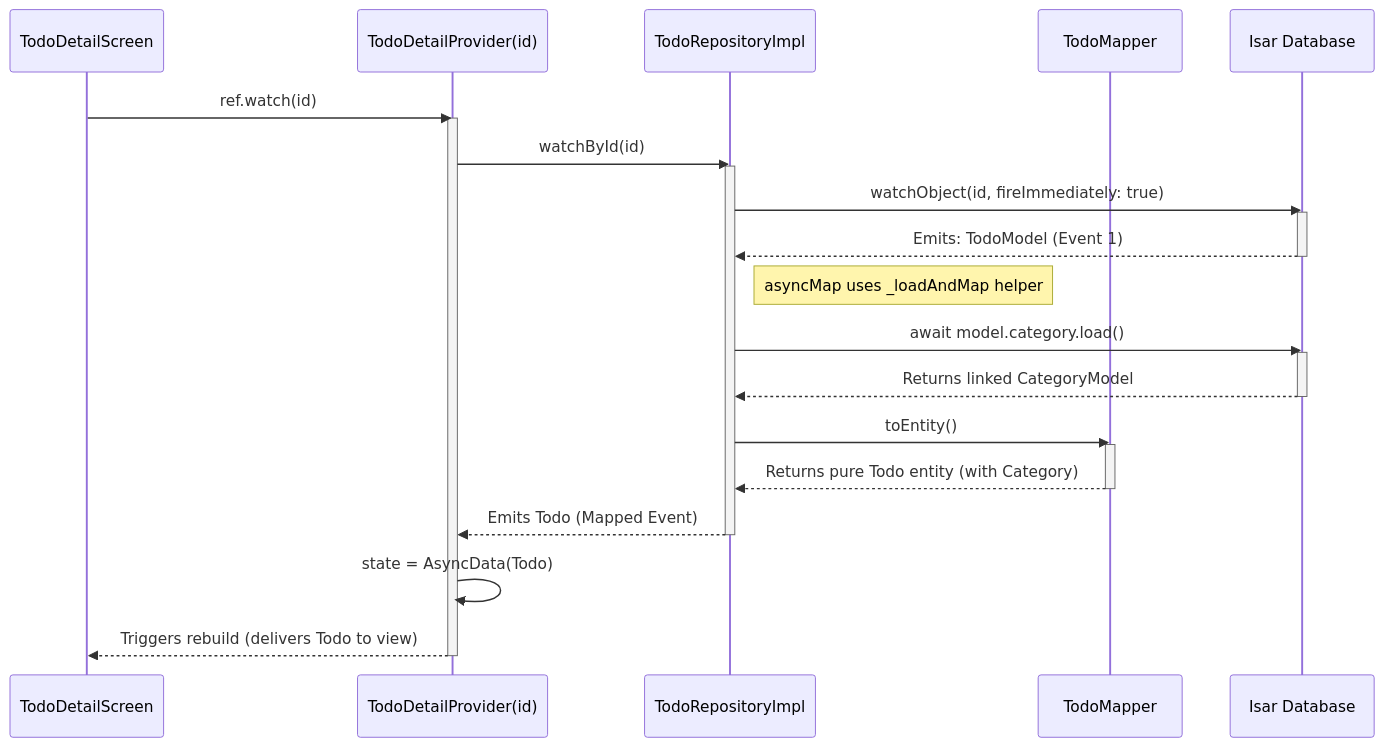
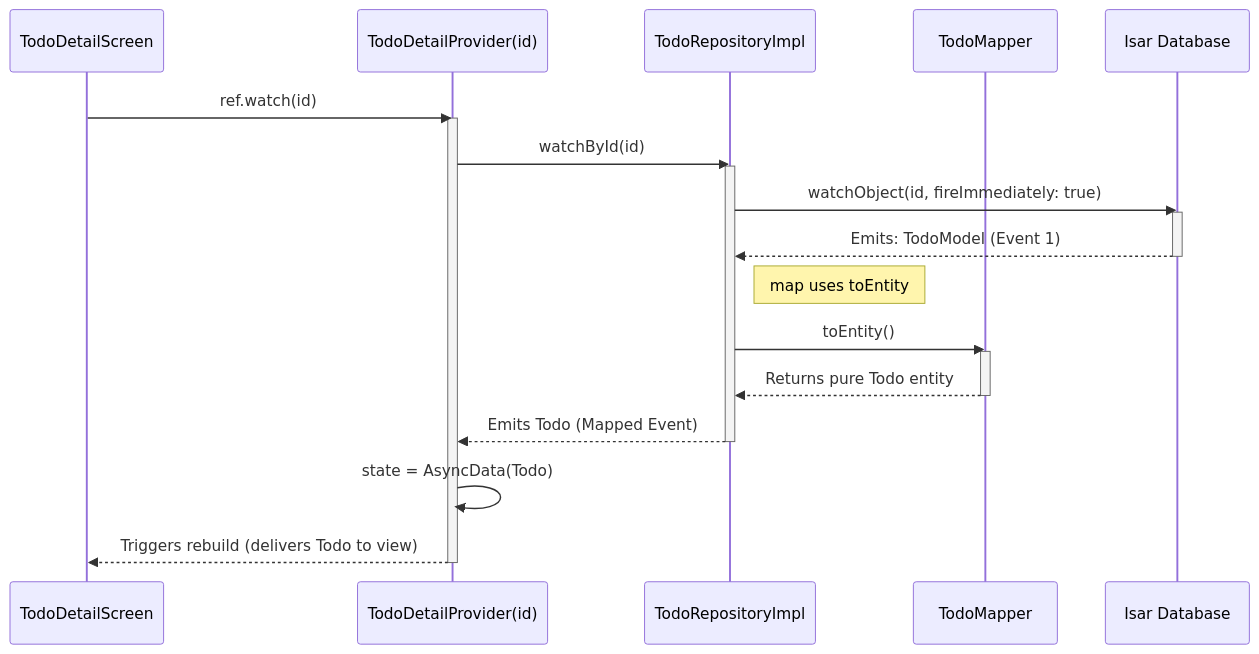
The second of 2 diagrams in README.md (piotrekert90/flutter_riverpod_boilerplate), drawn with Mermaid before and after one commit. The commit also changed other lines of this file and 13 other files, not shown here.

````diff
--- a/README.md
+++ b/README.md
@@ -152,36 +148,31 @@
 ```mermaid
 sequenceDiagram
     participant UI as TodoDetailScreen
     participant Prov as TodoDetailProvider(id)
     participant Repo as TodoRepositoryImpl
     participant Mapper as TodoMapper
     participant DB as Isar Database
 
     UI->>Prov: ref.watch(id)
     activate Prov
     Prov->>Repo: watchById(id)
     activate Repo
     Repo->>DB: watchObject(id, fireImmediately: true)
     activate DB
     DB-->>Repo: Emits: TodoModel (Event 1)
     deactivate DB
     
-    note right of Repo: asyncMap uses _loadAndMap helper
-    
-    Repo->>DB: await model.category.load()
-    activate DB
-    DB-->>Repo: Returns linked CategoryModel
-    deactivate DB
+    note right of Repo: map uses toEntity
     
     Repo->>Mapper: toEntity()
     activate Mapper
-    Mapper-->>Repo: Returns pure Todo entity (with Category)
+    Mapper-->>Repo: Returns pure Todo entity
     deactivate Mapper
     
     Repo-->>Prov: Emits Todo (Mapped Event)
     deactivate Repo
     
     Prov->>Prov: state = AsyncData(Todo)
     Prov-->>UI: Triggers rebuild (delivers Todo to view)
     deactivate Prov
 ```
````
